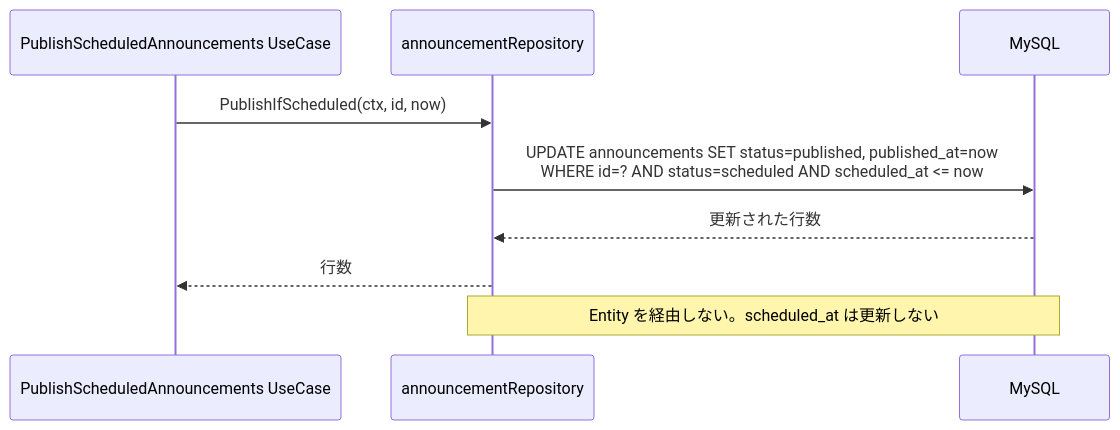
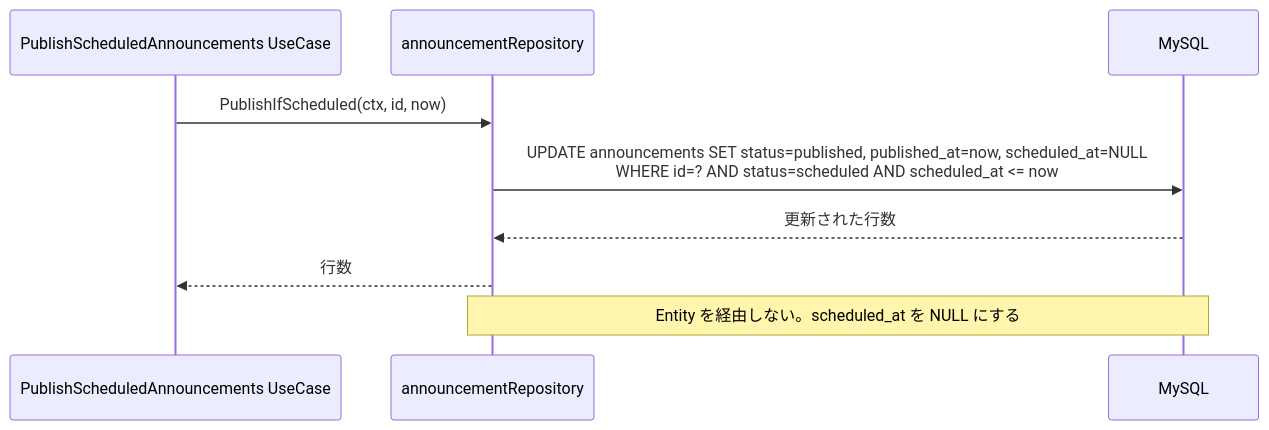
One commit to yuta20253/edu-platform-go-design changed the fifth of 7 diagrams in 計画書/Go実装仕様書/教師お知らせ機能_Go実装仕様書_1_Domain・Infrastructure.md. Above: the diagram before and after it, drawn with Mermaid. The commit also changed other lines of this file and 71 other files, not shown here.

````diff
--- a/計画書/Go実装仕様書/教師お知らせ機能_Go実装仕様書_1_Domain・Infrastructure.md
+++ b/計画書/Go実装仕様書/教師お知らせ機能_Go実装仕様書_1_Domain・Infrastructure.md
@@ -732,12 +731,12 @@
 ```mermaid
 sequenceDiagram
     participant U as PublishScheduledAnnouncements UseCase
     participant R as announcementRepository
     participant DB as MySQL
 
     U->>R: PublishIfScheduled(ctx, id, now)
-    R->>DB: UPDATE announcements SET status=published, published_at=now<br/>WHERE id=? AND status=scheduled AND scheduled_at <= now
+    R->>DB: UPDATE announcements SET status=published, published_at=now, scheduled_at=NULL<br/>WHERE id=? AND status=scheduled AND scheduled_at <= now
     DB-->>R: 更新された行数
     R-->>U: 行数
-    Note over R,DB: Entity を経由しない。scheduled_at は更新しない
+    Note over R,DB: Entity を経由しない。scheduled_at を NULL にする
 ```
````
